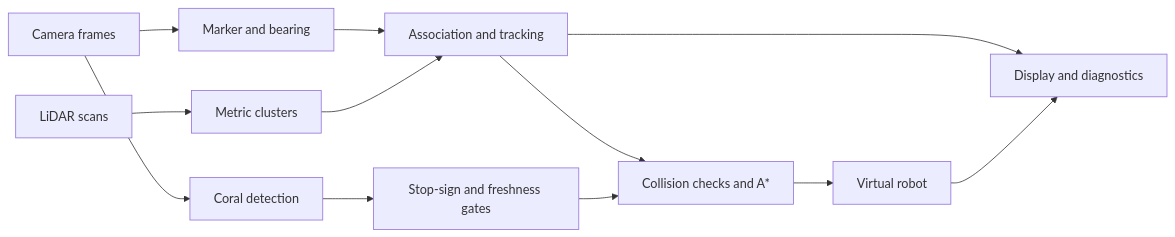
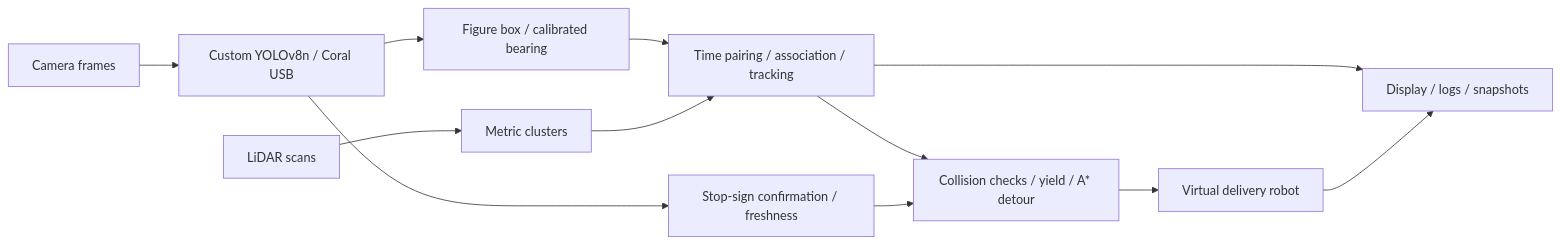
Before and after one commit to SqueezableWeasel/Tabletop-Delivery: the diagram in README.md, drawn with Mermaid. The commit also changed other lines of this file and 61 other files, not shown here.

Commit message:
Integrate custom figure detector, overlay fix, photos, and demo videos

````diff
--- a/README.md
+++ b/README.md
@@ -68,14 +78,14 @@
 ```mermaid
 flowchart LR
-    Camera["Camera frames"] --> Marker["Marker and bearing"]
+    Camera["Camera frames"] --> YOLO["Custom YOLOv8n / Coral USB"]
+    YOLO --> Figure["Figure box / calibrated bearing"]
     LiDAR["LiDAR scans"] --> Clusters["Metric clusters"]
-    Marker --> Track["Association and tracking"]
-    Clusters --> Track
-    Track --> Planner["Collision checks and A*"]
-    Camera --> Coral["Coral detection"]
-    Coral --> Gate["Stop-sign and freshness gates"]
-    Gate --> Planner
-    Planner --> Robot["Virtual robot"]
-    Track --> UI["Display and diagnostics"]
+    Figure --> Fusion["Time pairing / association / tracking"]
+    Clusters --> Fusion
+    Fusion --> Planner["Collision checks / yield / A* detour"]
+    YOLO --> Sign["Stop-sign confirmation / freshness"]
+    Sign --> Planner
+    Planner --> Robot["Virtual delivery robot"]
+    Fusion --> UI["Display / logs / snapshots"]
     Robot --> UI
 ```
````
